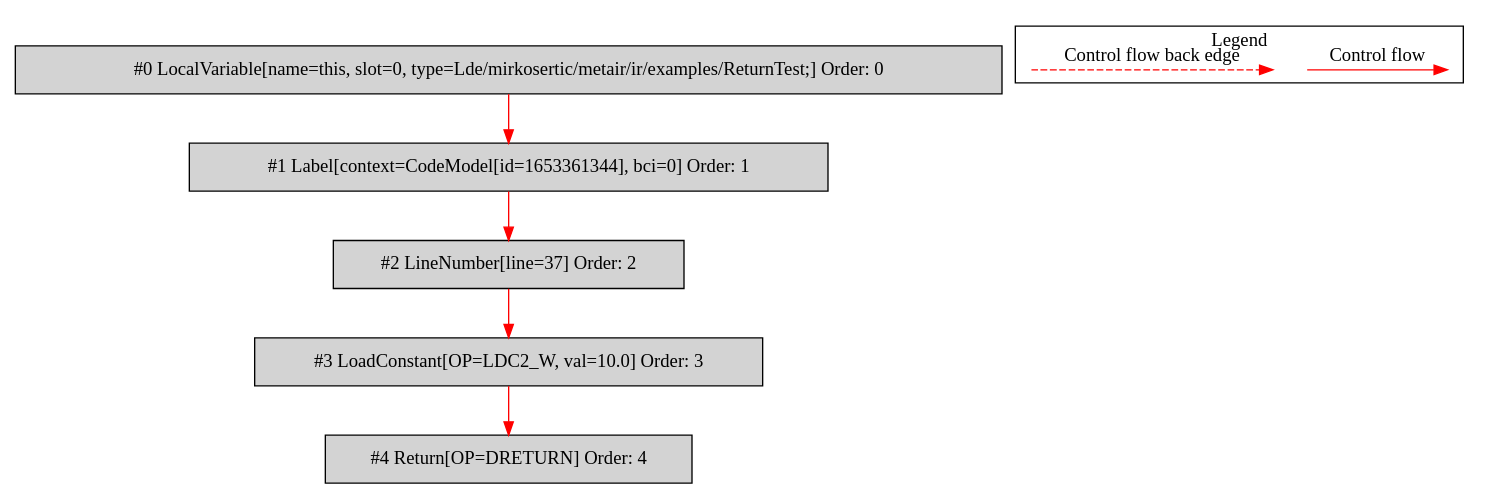
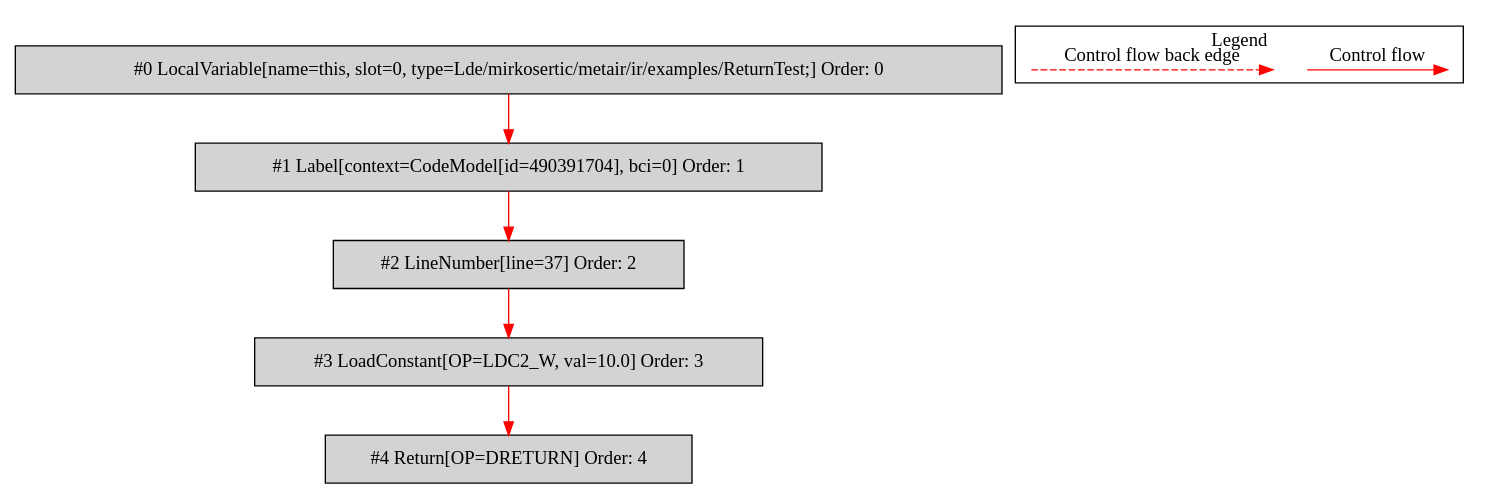
Before and after one commit to mirkosertic/MetaIR: the diagram in de.mirkosertic.metair.ir.examples.ReturnTest/returnDouble/bytecodecfg.dot, drawn with Graphviz. The commit also changed 1251 other files, not shown here.

```diff
--- a/de.mirkosertic.metair.ir.examples.ReturnTest/returnDouble/bytecodecfg.dot
+++ b/de.mirkosertic.metair.ir.examples.ReturnTest/returnDouble/bytecodecfg.dot
@@ -1,26 +1,26 @@
 digraph {
  ordering="in";
  node0[label="#0 LocalVariable[name=this, slot=0, type=Lde/mirkosertic/metair/ir/examples/ReturnTest;] Order: 0", shape=box, fillcolor=lightgrey, style=filled];
- node1[label="#1 Label[context=CodeModel[id=1653361344], bci=0] Order: 1", shape=box, fillcolor=lightgrey, style=filled];
+ node1[label="#1 Label[context=CodeModel[id=490391704], bci=0] Order: 1", shape=box, fillcolor=lightgrey, style=filled];
  node2[label="#2 LineNumber[line=37] Order: 2", shape=box, fillcolor=lightgrey, style=filled];
  node3[label="#3 LoadConstant[OP=LDC2_W, val=10.0] Order: 3", shape=box, fillcolor=lightgrey, style=filled];
  node4[label="#4 Return[OP=DRETURN] Order: 4", shape=box, fillcolor=lightgrey, style=filled];
  node0 -> node1[color=red];
  node1 -> node2[color=red];
  node2 -> node3[color=red];
  node3 -> node4[color=red];
  subgraph cluster_000 {
   label = "Legend";
   node [shape=point]
   {
    rank=same;
    c0 [style = invis];
    c1 [style = invis];
    c2 [style = invis];
    c3 [style = invis];
   }
   c0 -> c1 [label="Control flow", style=solid, color=red]
   c2 -> c3 [label="Control flow back edge", style=dashed, color=red]
  }
 
 }
```
